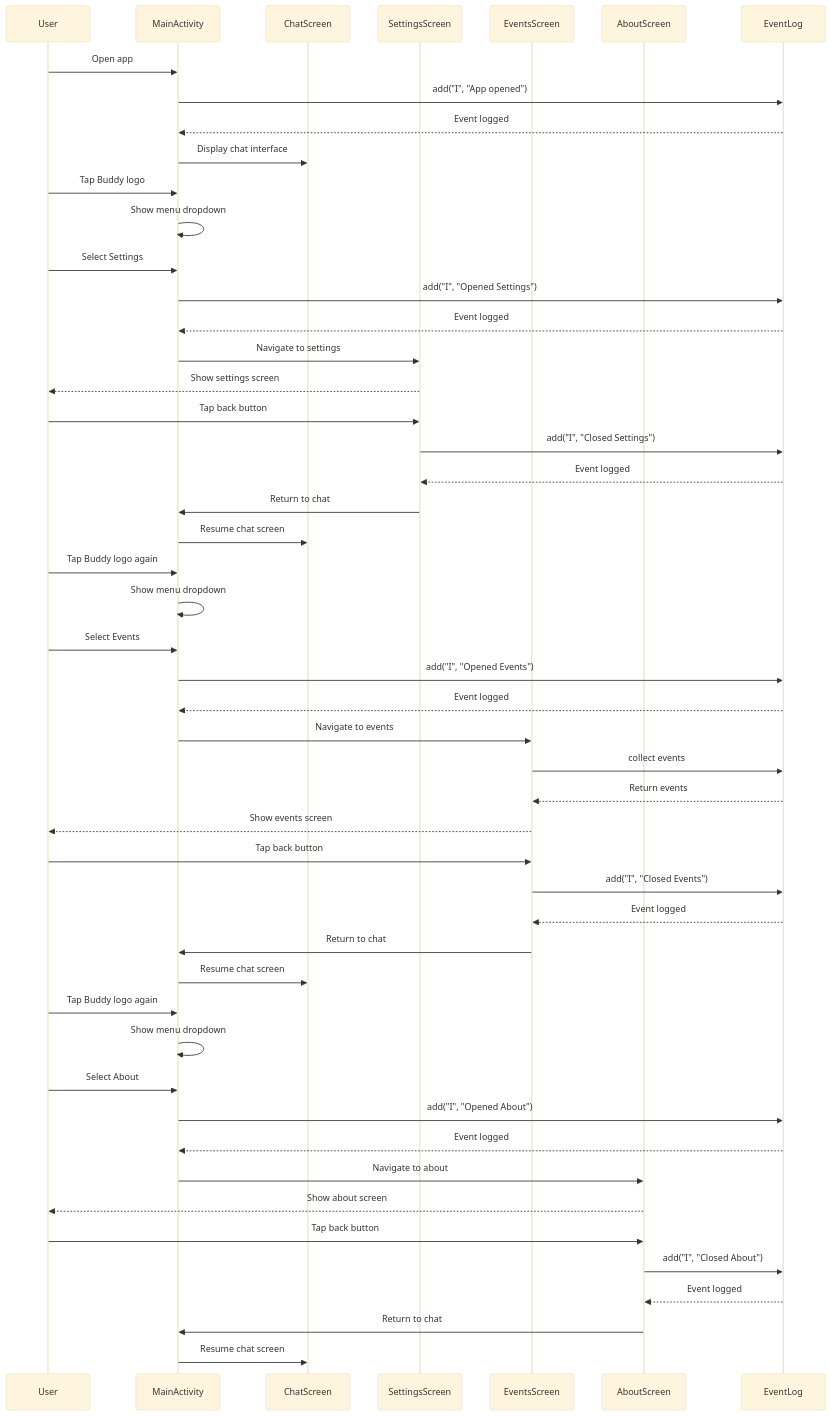
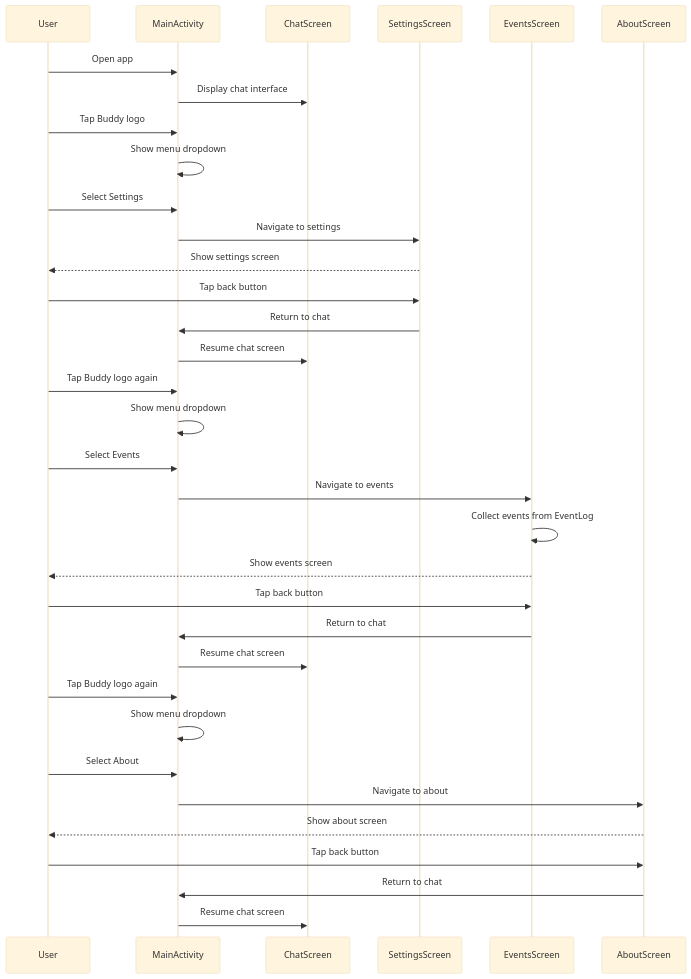
The ninth of 10 diagrams in docs/seq_others.md (lehoang318/buddy), drawn with Mermaid (base theme) before and after one commit. The commit also changed other lines of this file and 7 other files, not shown here.

````diff
--- a/docs/seq_others.md
+++ b/docs/seq_others.md
@@ -300,62 +284,46 @@
 ```mermaid
 sequenceDiagram
     participant User
     participant MainActivity
     participant ChatScreen
     participant SettingsScreen
     participant EventsScreen
     participant AboutScreen
-    participant EventLog
 
     User->>MainActivity: Open app
-    MainActivity->>EventLog: add("I", "App opened")
-    EventLog-->>MainActivity: Event logged
     MainActivity->>ChatScreen: Display chat interface
 
     User->>MainActivity: Tap Buddy logo
     MainActivity->>MainActivity: Show menu dropdown
 
     User->>MainActivity: Select Settings
-    MainActivity->>EventLog: add("I", "Opened Settings")
-    EventLog-->>MainActivity: Event logged
     MainActivity->>SettingsScreen: Navigate to settings
     SettingsScreen-->>User: Show settings screen
 
     User->>SettingsScreen: Tap back button
-    SettingsScreen->>EventLog: add("I", "Closed Settings")
-    EventLog-->>SettingsScreen: Event logged
     SettingsScreen->>MainActivity: Return to chat
     MainActivity->>ChatScreen: Resume chat screen
 
     User->>MainActivity: Tap Buddy logo again
     MainActivity->>MainActivity: Show menu dropdown
 
     User->>MainActivity: Select Events
-    MainActivity->>EventLog: add("I", "Opened Events")
-    EventLog-->>MainActivity: Event logged
     MainActivity->>EventsScreen: Navigate to events
-    EventsScreen->>EventLog: collect events
-    EventLog-->>EventsScreen: Return events
+    EventsScreen->>EventsScreen: Collect events from EventLog
     EventsScreen-->>User: Show events screen
 
     User->>EventsScreen: Tap back button
-    EventsScreen->>EventLog: add("I", "Closed Events")
-    EventLog-->>EventsScreen: Event logged
     EventsScreen->>MainActivity: Return to chat
     MainActivity->>ChatScreen: Resume chat screen
 
     User->>MainActivity: Tap Buddy logo again
     MainActivity->>MainActivity: Show menu dropdown
 
     User->>MainActivity: Select About
-    MainActivity->>EventLog: add("I", "Opened About")
-    EventLog-->>MainActivity: Event logged
     MainActivity->>AboutScreen: Navigate to about
     AboutScreen-->>User: Show about screen
 
     User->>AboutScreen: Tap back button
-    AboutScreen->>EventLog: add("I", "Closed About")
-    EventLog-->>AboutScreen: Event logged
     AboutScreen->>MainActivity: Return to chat
     MainActivity->>ChatScreen: Resume chat screen
 ```
````
